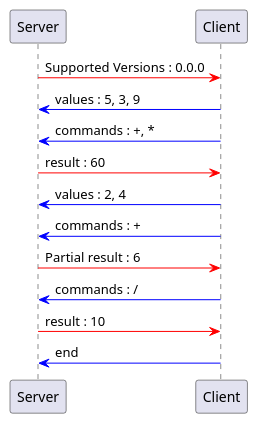
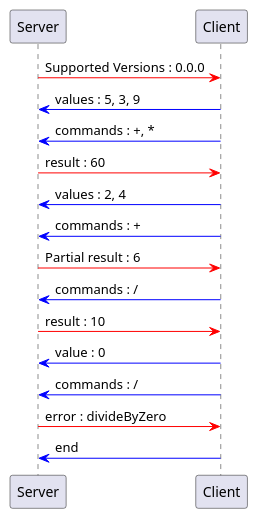
Before and after one commit to kjorand/DAI-2022-Protocol-Design-Classe-B: the second of 2 diagrams in specs/kjorand/protocol.md, drawn with PlantUML. The commit also changed other lines of this file, not shown here.

````diff
--- a/specs/kjorand/protocol.md
+++ b/specs/kjorand/protocol.md
@@ -88,14 +88,17 @@
 ```plantuml
 @startuml
 Server -[#red]> Client : Supported Versions : 0.0.0
 Client -[#blue]> Server : values : 5, 3, 9
 Client -[#blue]> Server : commands : +, *
 Server -[#red]> Client : result : 60
 Client -[#blue]> Server : values : 2, 4
 Client -[#blue]> Server : commands : +
 Server -[#red]> Client : Partial result : 6
 Client -[#blue]> Server : commands : /
 Server -[#red]> Client : result : 10
+Client -[#blue]> Server : value : 0
+Client -[#blue]> Server : commands : /
+Server -[#red]> Client : error : divideByZero
 Client -[#blue]> Server : end
 @enduml
 ```
````
